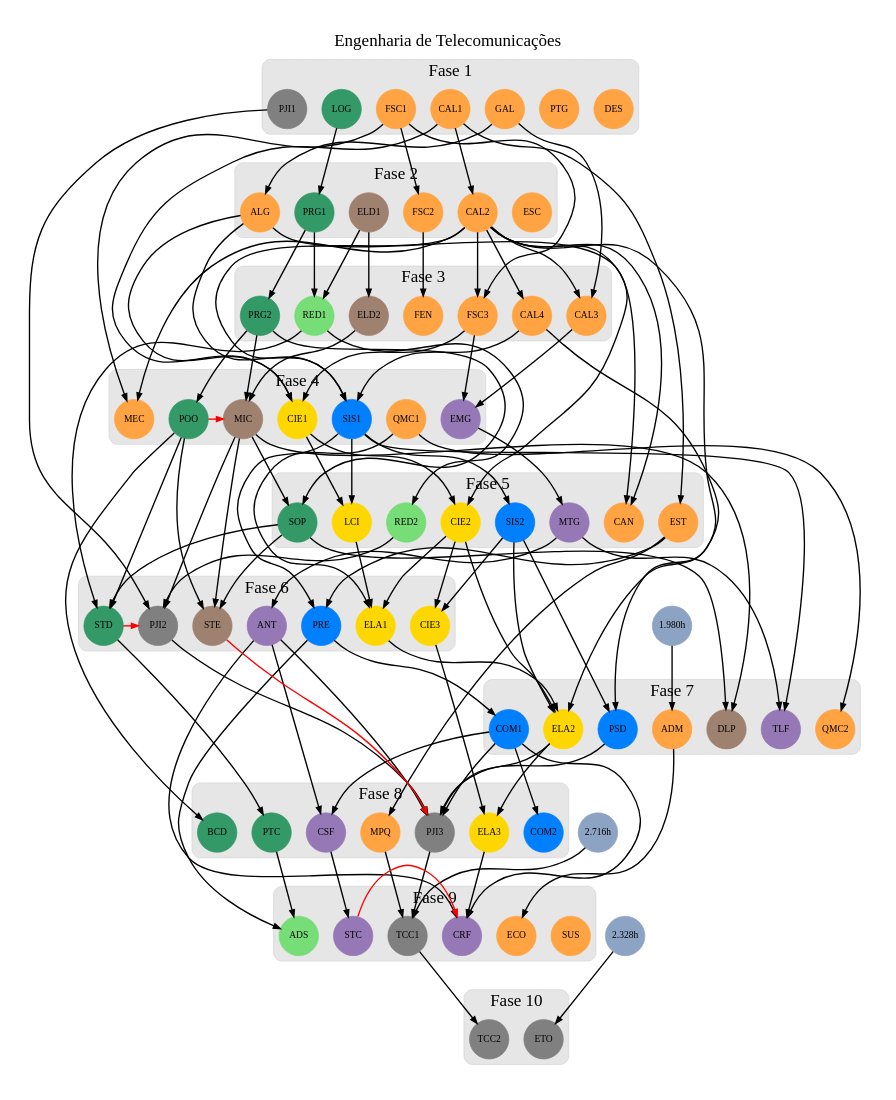
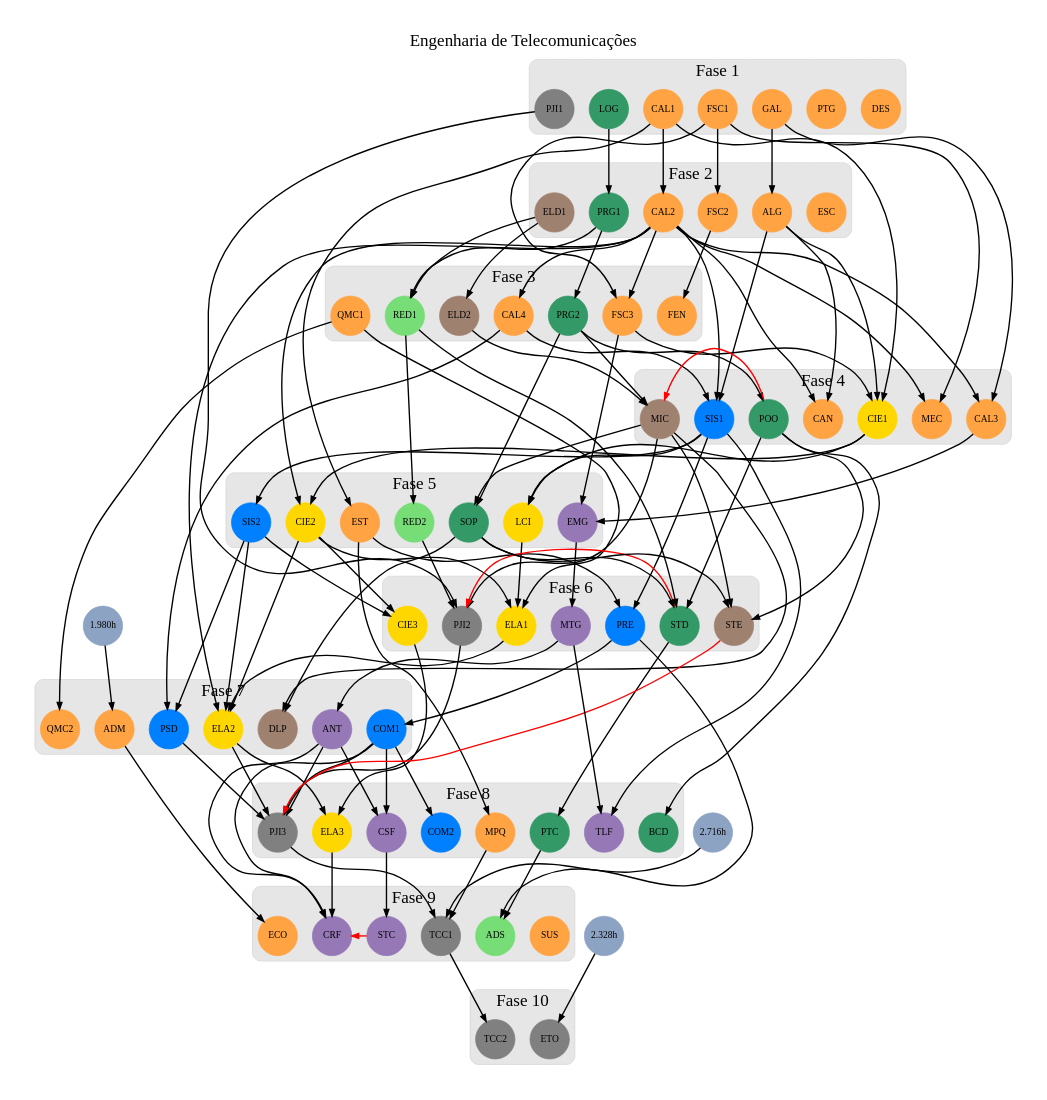
Before and after one commit to emersonmello/grade-dot-engtelecom: the diagram in engtelecom.dot, drawn with Graphviz. The commit also changed 2 other files, not shown here.

Commit message:
grade com PCA-CAL1 como uma única disciplina

```diff
--- a/engtelecom.dot
+++ b/engtelecom.dot
@@ -141,7 +141,7 @@
       bgcolor="#e6e6e6"
       color = lightgrey
 
-      ELD2 PRG2 CAL4 FSC3 RED1 CAL3 FEN
+      ELD2 PRG2 CAL4 FSC3 RED1 FEN QMC1
 
     }
 
@@ -151,7 +151,7 @@
       bgcolor="#e6e6e6"
       color=lightgrey
 
-      POO EMG MIC SIS1 CIE1 QMC1 MEC
+      POO CAL3 MIC SIS1 CIE1  MEC CAN
 
     
     }
@@ -162,7 +162,7 @@
       bgcolor="#e6e6e6"
       color=lightgrey
 
-      CIE2 LCI SIS2 MTG EST SOP RED2 CAN
+      CIE2 LCI SIS2 EMG EST SOP RED2 
 
     }
 
@@ -173,7 +173,7 @@
       bgcolor="#e6e6e6"
       color=lightgrey
 
-      PJI2 STD STE PRE CIE3 ELA1 ANT
+      PJI2 STD STE PRE CIE3 ELA1 MTG
 
     }
 
@@ -183,7 +183,7 @@
       bgcolor="#e6e6e6"
       color=lightgrey
 
-      PSD COM1 ELA2 DLP QMC2 ADM TLF
+      PSD COM1 ELA2 DLP QMC2 ADM  ANT
 
     }
 
@@ -193,7 +193,7 @@
       bgcolor="#e6e6e6"
       color=lightgrey
 
-      PTC BCD MPQ ELA3 CSF COM2 PJI3
+      PTC BCD MPQ ELA3 CSF COM2 PJI3 TLF
 
     }
 
```
